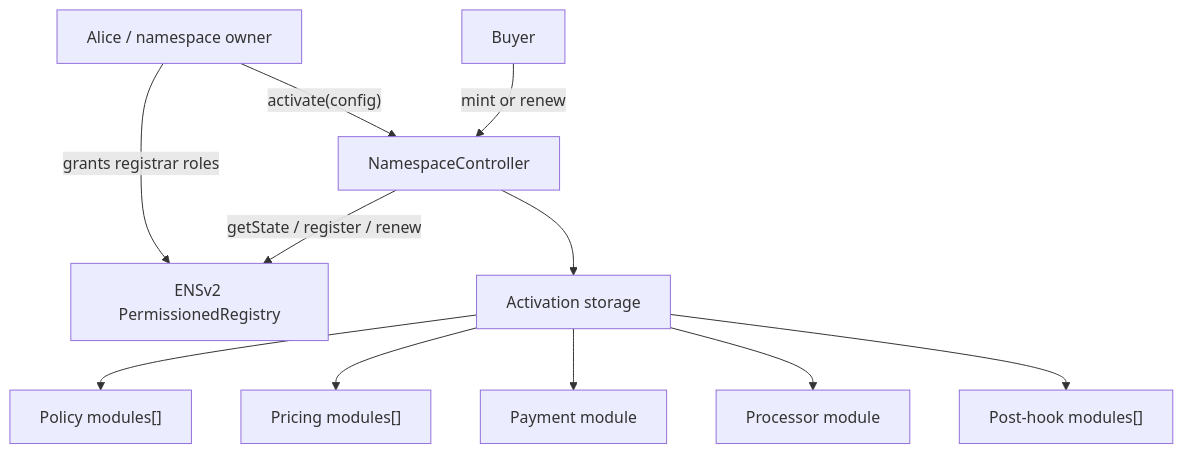
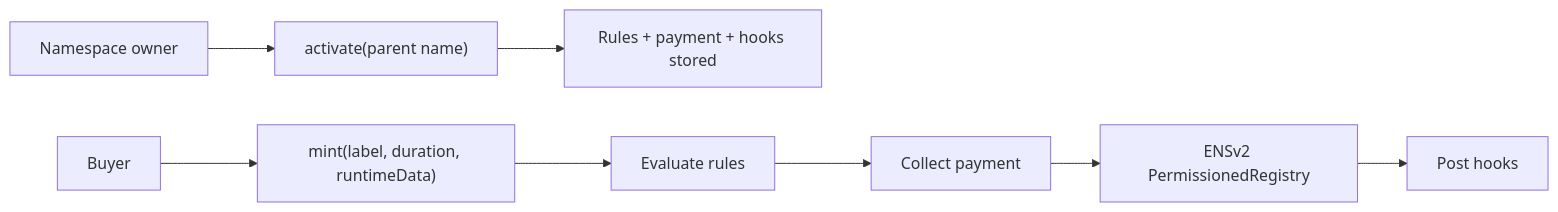
Before and after one commit to envoy1084/namespace-contracts-v2: the diagram in docs/01-overview.md, drawn with Mermaid. The commit also changed other lines of this file and 54 other files, not shown here.

Commit message:
refactor: remove legacy policy pricing modules

````diff
--- a/docs/01-overview.md
+++ b/docs/01-overview.md
@@ -35,15 +28,10 @@
 ```mermaid
-flowchart TB
-    Alice["Alice / namespace owner"] -->|"grants registrar roles"| Registry["ENSv2 PermissionedRegistry"]
-    Alice -->|"activate(config)"| Controller["NamespaceController"]
-
-    Controller --> Activation["Activation storage"]
-    Activation --> Policies["Policy modules[]"]
-    Activation --> Pricing["Pricing modules[]"]
-    Activation --> Payment["Payment module"]
-    Activation --> Processor["Processor module"]
-    Activation --> Hooks["Post-hook modules[]"]
-
-    Buyer["Buyer"] -->|"mint or renew"| Controller
-    Controller -->|"getState / register / renew"| Registry
+flowchart LR
+    Owner["Namespace owner"] --> Activate["activate(parent name)"]
+    Activate --> Config["Rules + payment + hooks stored"]
+    Buyer["Buyer"] --> Mint["mint(label, duration, runtimeData)"]
+    Mint --> Rules["Evaluate rules"]
+    Rules --> Payment["Collect payment"]
+    Payment --> Registry["ENSv2 PermissionedRegistry"]
+    Registry --> Hooks["Post hooks"]
 ```
````
